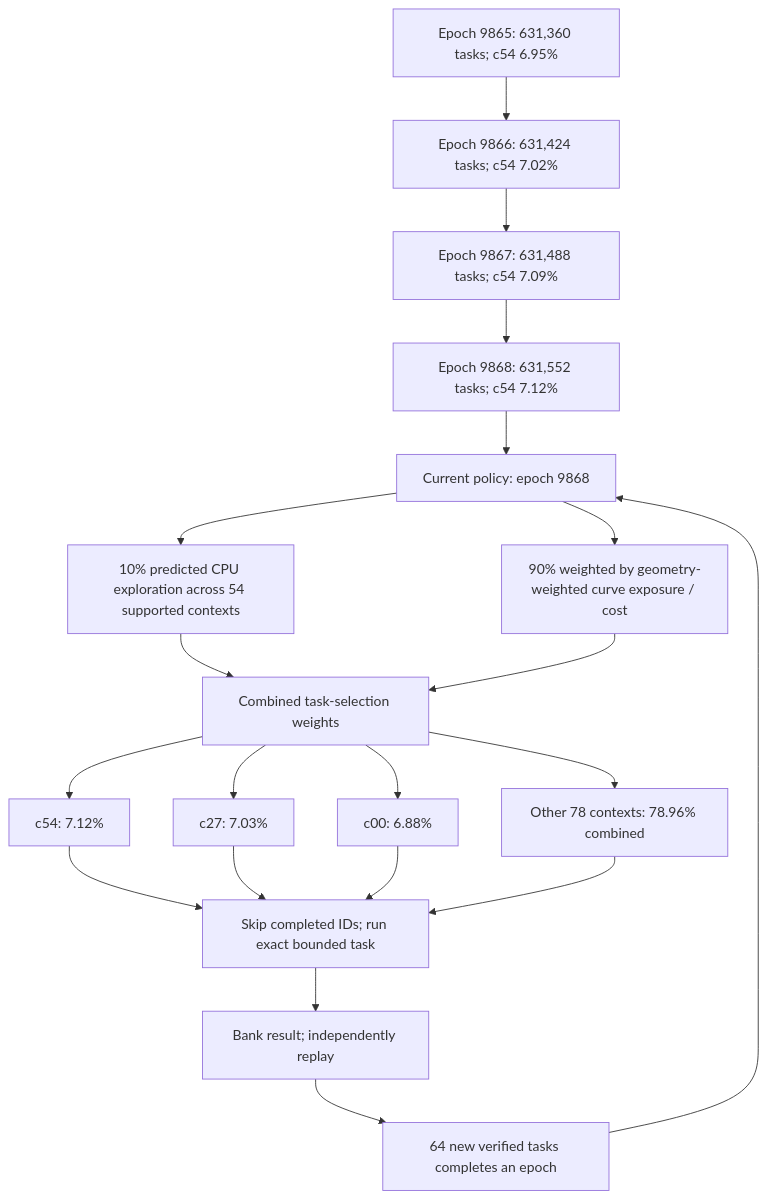
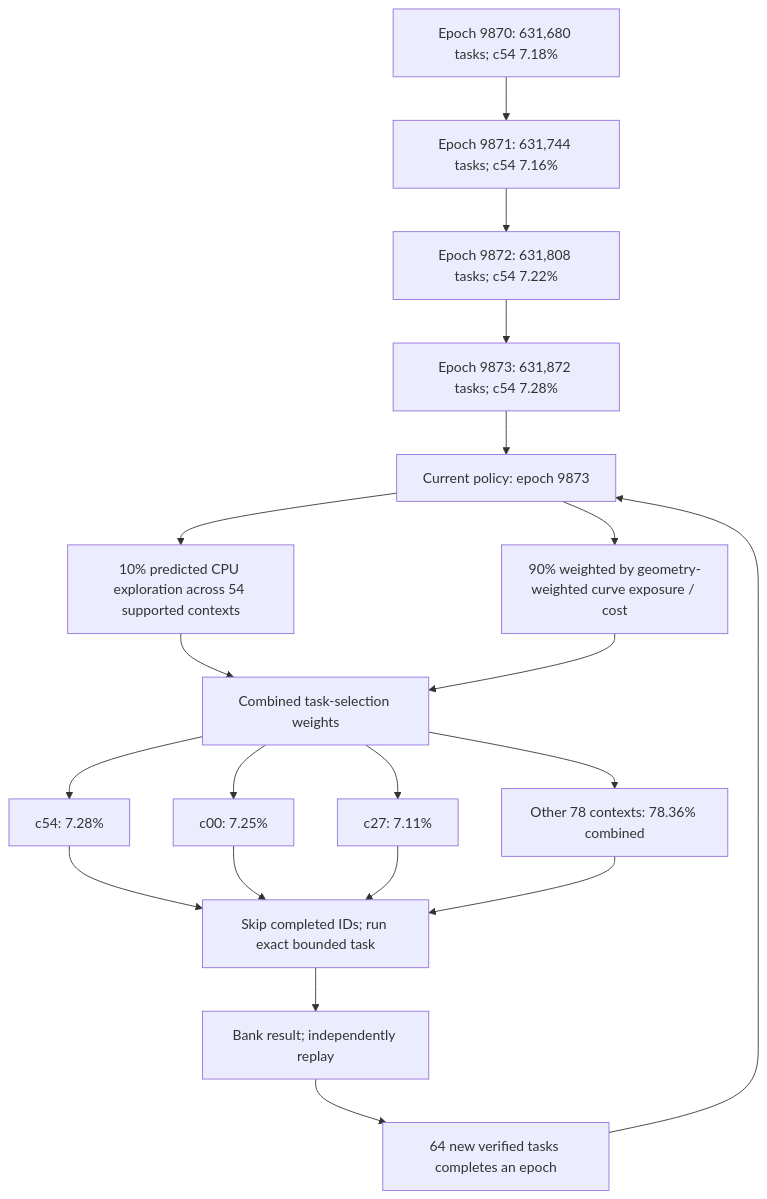
One commit to Kuberwastaken/math-gambling changed the first of 4 diagrams in README.md. Above: the diagram before and after it, drawn with Mermaid. The commit also changed other lines of this file and 634 other files, not shown here.

````diff
--- a/README.md
+++ b/README.md
@@ -60,27 +60,27 @@
 ```mermaid
 flowchart TD
-    H0["Epoch 9865: 631,360 tasks; c54 6.95%"]
-    H1["Epoch 9866: 631,424 tasks; c54 7.02%"]
+    H0["Epoch 9870: 631,680 tasks; c54 7.18%"]
+    H1["Epoch 9871: 631,744 tasks; c54 7.16%"]
     H0 --> H1
-    H2["Epoch 9867: 631,488 tasks; c54 7.09%"]
+    H2["Epoch 9872: 631,808 tasks; c54 7.22%"]
     H1 --> H2
-    H3["Epoch 9868: 631,552 tasks; c54 7.12%"]
+    H3["Epoch 9873: 631,872 tasks; c54 7.28%"]
     H2 --> H3
-    Policy["Current policy: epoch 9868"]
+    Policy["Current policy: epoch 9873"]
     H3 --> Policy
     Policy --> Explore["10% predicted CPU exploration across 54 supported contexts"]
     Policy --> Cost["90% weighted by geometry-weighted curve exposure / cost"]
     Explore --> Mix["Combined task-selection weights"]
     Cost --> Mix
-    Mix --> C0["c54: 7.12%"]
-    Mix --> C1["c27: 7.03%"]
-    Mix --> C2["c00: 6.88%"]
-    Mix --> Rest["Other 78 contexts: 78.96% combined"]
+    Mix --> C0["c54: 7.28%"]
+    Mix --> C1["c00: 7.25%"]
+    Mix --> C2["c27: 7.11%"]
+    Mix --> Rest["Other 78 contexts: 78.36% combined"]
     C0 --> Check["Skip completed IDs; run exact bounded task"]
     C1 --> Check
     C2 --> Check
     Rest --> Check
     Check --> Replay["Bank result; independently replay"]
     Replay --> Gate["64 new verified tasks completes an epoch"]
     Gate --> Policy
 ```
````
